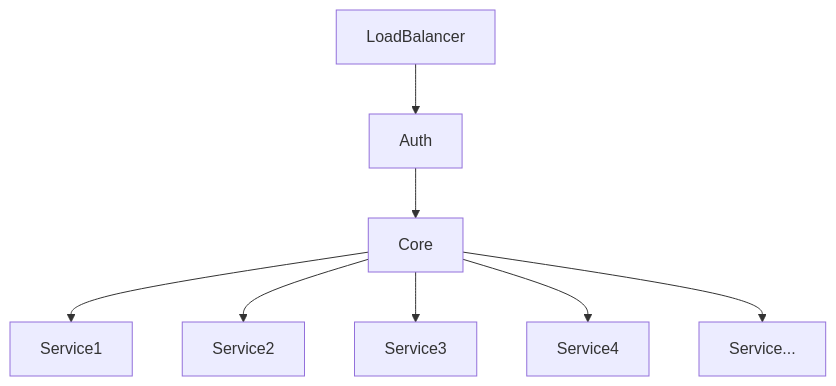
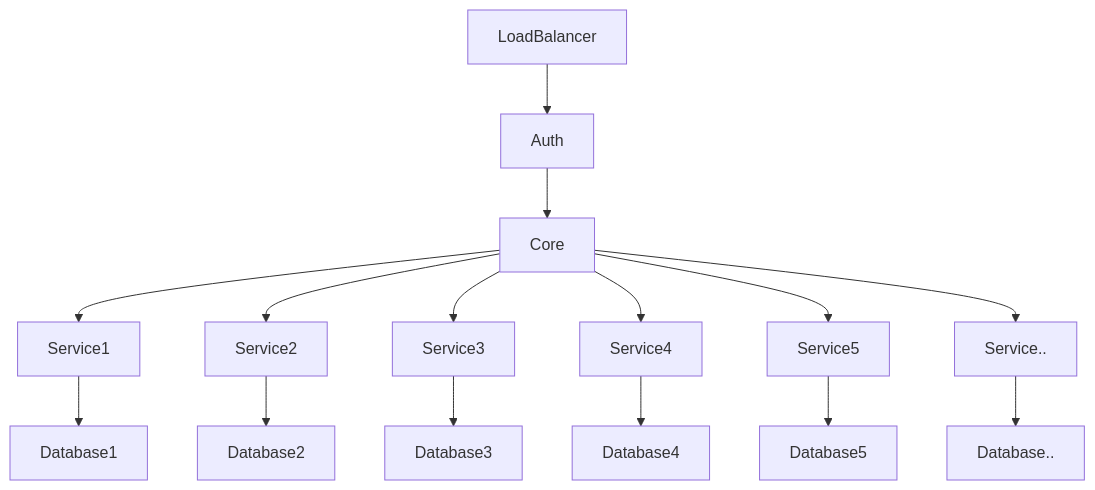
One commit to dnlwrn01/dal-vpc-tf-ans-config changed the diagram in README.md. Above: the diagram before and after it, drawn with Mermaid. The commit also changed other lines of this file, not shown here.

````diff
--- a/README.md
+++ b/README.md
@@ -4,5 +12,11 @@
 ``` mermaid
         graph TD
             LoadBalancer --> Auth --> Core
-            Core --> Service1 & Service2 & Service3 & Service4 & Service...
+            Core --> Service1 & Service2 & Service3 & Service4 & Service5 & Service..
+            Service1 --> Database1
+            Service2 --> Database2
+            Service3 --> Database3
+            Service4 --> Database4
+            Service5 --> Database5
+            Service.. --> Database..
 ```
````
